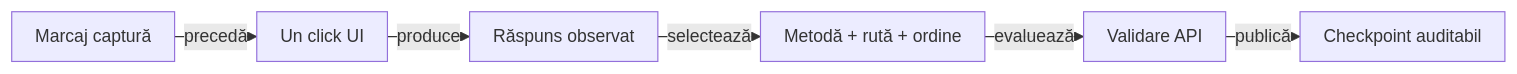
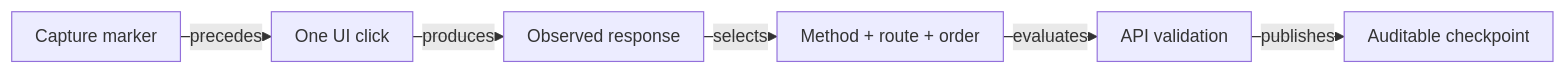
The ninth of 13 diagrams in atf-test-practice-shop/README.md (crististefanita/atf_j0), drawn with Mermaid before and after one commit. The commit also changed other lines of this file and 113 other files, not shown here.

````diff
--- a/atf-test-practice-shop/README.md
+++ b/atf-test-practice-shop/README.md
@@ -967,9 +1076,9 @@
 ```mermaid
 %%{init: {"themeVariables":{"fontSize":"15px"},"themeCSS":".nodeLabel, .nodeLabel p { font-size: 15px !important; line-height: 1.35 !important; } .edgeLabel, .edgeLabel p { font-size: 12px !important; font-weight: 400 !important; line-height: 1.2 !important; } .edgeLabel .labelBkg, .edgeLabel p { background: transparent !important; } .edgeLabel foreignObject { transform: translateY(-18px); overflow: visible; } .node rect { rx: 6px; ry: 6px; }","flowchart":{"curve":"linear","nodeSpacing":24,"rankSpacing":16,"padding":10,"diagramPadding":16}}}%%
 flowchart LR
-    Marker["Marcaj captură"] -->|precedă| Action["Un click UI"]
-    Action -->|produce| Observed["Răspuns observat"]
-    Observed -->|selectează| Current["Metodă + rută + ordine"]
-    Current -->|evaluează| Verdict["Validare API"]
-    Verdict -->|publică| Report["Checkpoint auditabil"]
+    Marker["Capture marker"] -->|precedes| Action["One UI click"]
+    Action -->|produces| Observed["Observed response"]
+    Observed -->|selects| Current["Method + route + order"]
+    Current -->|evaluates| Verdict["API validation"]
+    Verdict -->|publishes| Report["Auditable checkpoint"]
 ```
````
